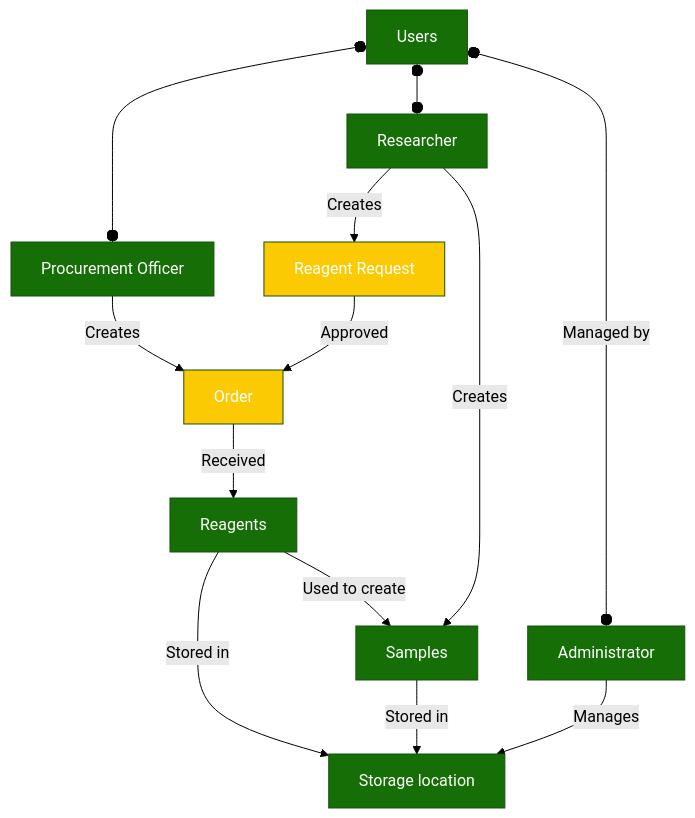
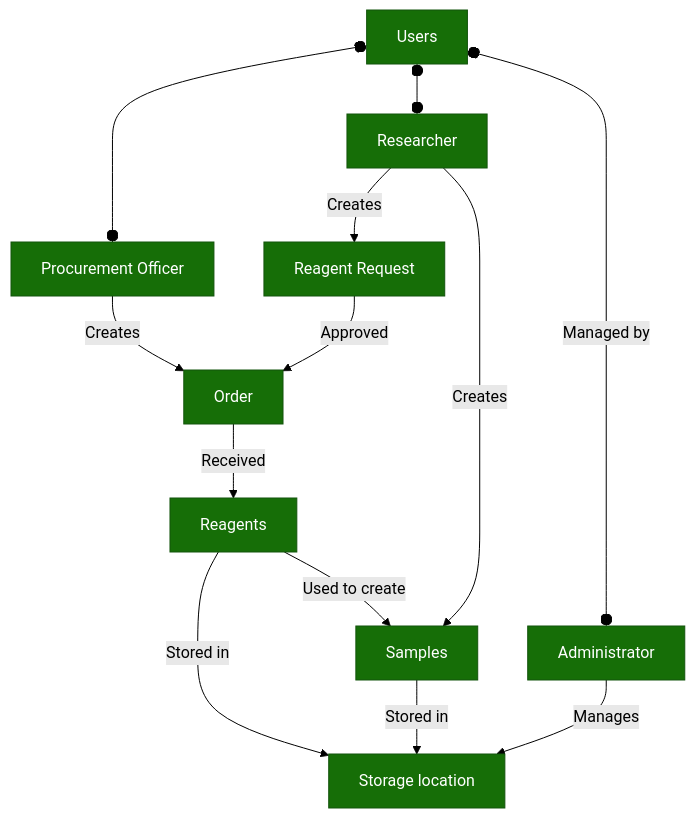
Before and after one commit to Quantori-Academy/apt-frontend: the second of 3 diagrams in README.md, drawn with Mermaid (forest theme). The commit also changed other lines of this file and 2 other files, not shown here.

````diff
--- a/README.md
+++ b/README.md
@@ -155,36 +156,35 @@
 ```mermaid
 flowchart TD
     RR[Reagent Request]
     O[Order]
     R[Reagents]
     S[Samples]
     SL[Storage location]
 
     U[Users]
     ADM[Administrator]
     RSR[Researcher]
     PRCR[Procurement Officer]
 
 
 U o--o| Managed by | ADM
 U o--o RSR
 U o--o PRCR
 RSR --> | Creates | RR
 PRCR --> | Creates| O
 RR --> | Approved | O
 O --> | Received | R
 R --> | Used to create | S
 RSR --> | Creates | S
 R --> | Stored in | SL
 S --> | Stored in | SL
 ADM --> | Manages | SL
 
 
 classDef green fill:#166e07, color:#ffffff;
 classDef yellow fill:#fcca03, color:#ffffff;
 classDef grey fill:#575757, color:#ffffff;
 
-class U,ADM,RSR,PRCR,SL,R,S green;
-class O,RR yellow;
+class U,ADM,RSR,PRCR,SL,R,S,RR,O green;
 class dashboard grey;
 ```
````
